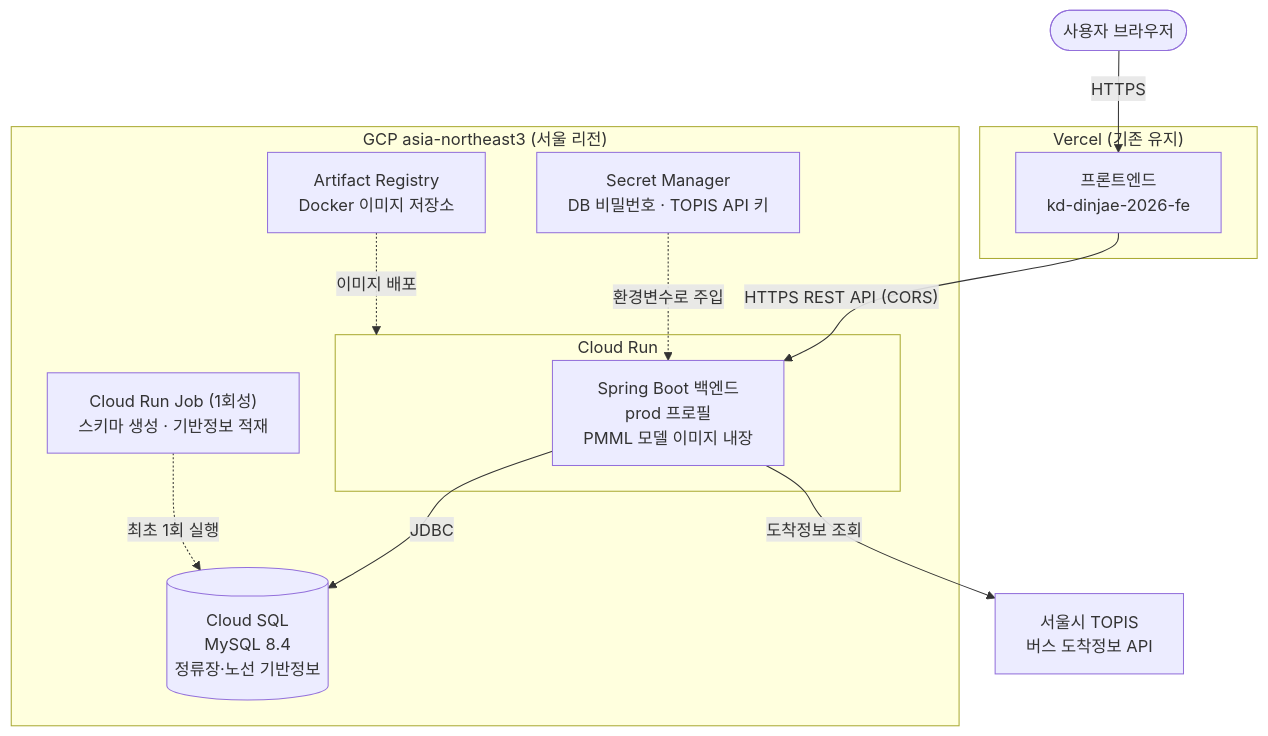
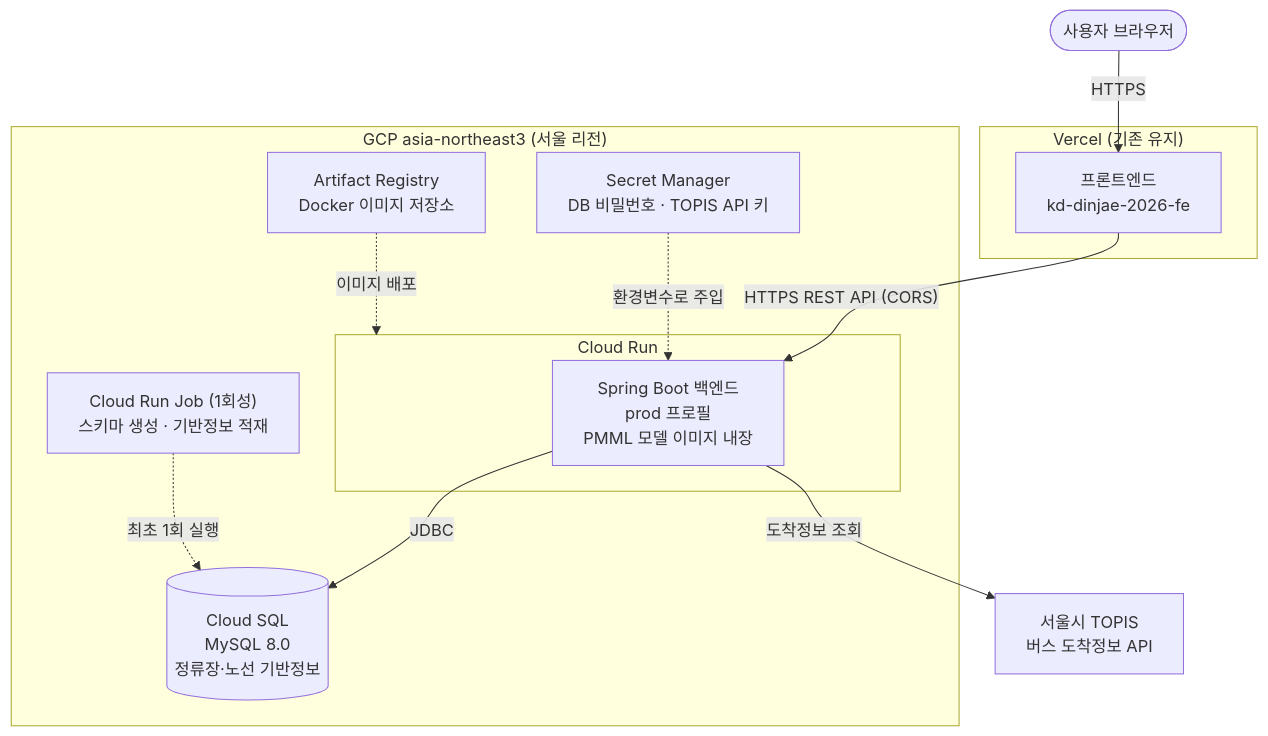
Before and after one commit to KT-DINJAE-2026/backend: the first of 2 diagrams in docs/CLOUD_ARCHITECTURE.md, drawn with Mermaid. The commit also changed other lines of this file, not shown here.

Commit message:
docs: Cloud SQL을 MySQL 8.0 Enterprise로 조정한 근거 기록

````diff
--- a/docs/CLOUD_ARCHITECTURE.md
+++ b/docs/CLOUD_ARCHITECTURE.md
@@ -46,28 +46,28 @@
 ```mermaid
 flowchart TB
     user(["사용자 브라우저"])
 
     subgraph vercel["Vercel (기존 유지)"]
         fe["프론트엔드<br/>kd-dinjae-2026-fe"]
     end
 
     subgraph gcp["GCP asia-northeast3 (서울 리전)"]
         subgraph run["Cloud Run"]
             app["Spring Boot 백엔드<br/>prod 프로필<br/>PMML 모델 이미지 내장"]
         end
-        sql[("Cloud SQL<br/>MySQL 8.4<br/>정류장·노선 기반정보")]
+        sql[("Cloud SQL<br/>MySQL 8.0<br/>정류장·노선 기반정보")]
         sm["Secret Manager<br/>DB 비밀번호 · TOPIS API 키"]
         ar["Artifact Registry<br/>Docker 이미지 저장소"]
         job["Cloud Run Job (1회성)<br/>스키마 생성 · 기반정보 적재"]
     end
 
     topis["서울시 TOPIS<br/>버스 도착정보 API"]
 
     user -->|HTTPS| fe
     fe -->|"HTTPS REST API (CORS)"| app
     app -->|"JDBC"| sql
     app -->|"도착정보 조회"| topis
     sm -.->|"환경변수로 주입"| app
     ar -.->|"이미지 배포"| run
     job -.->|"최초 1회 실행"| sql
 ```
````
